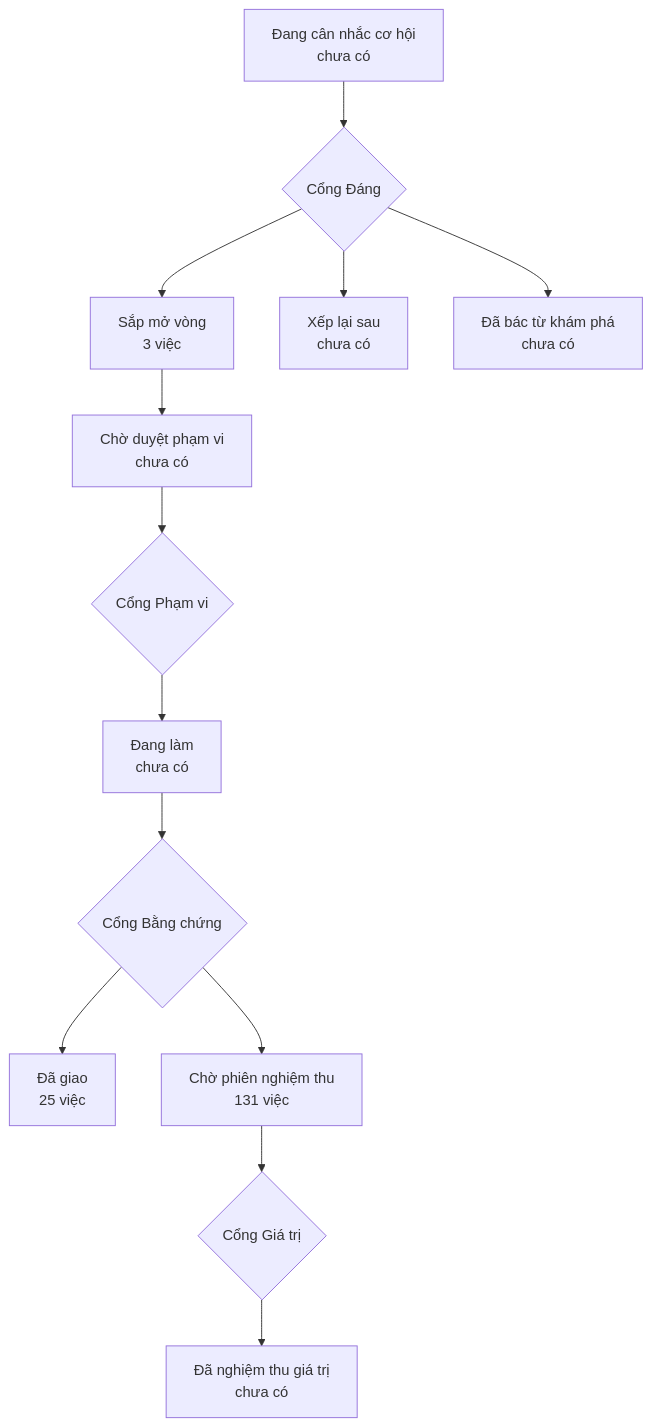
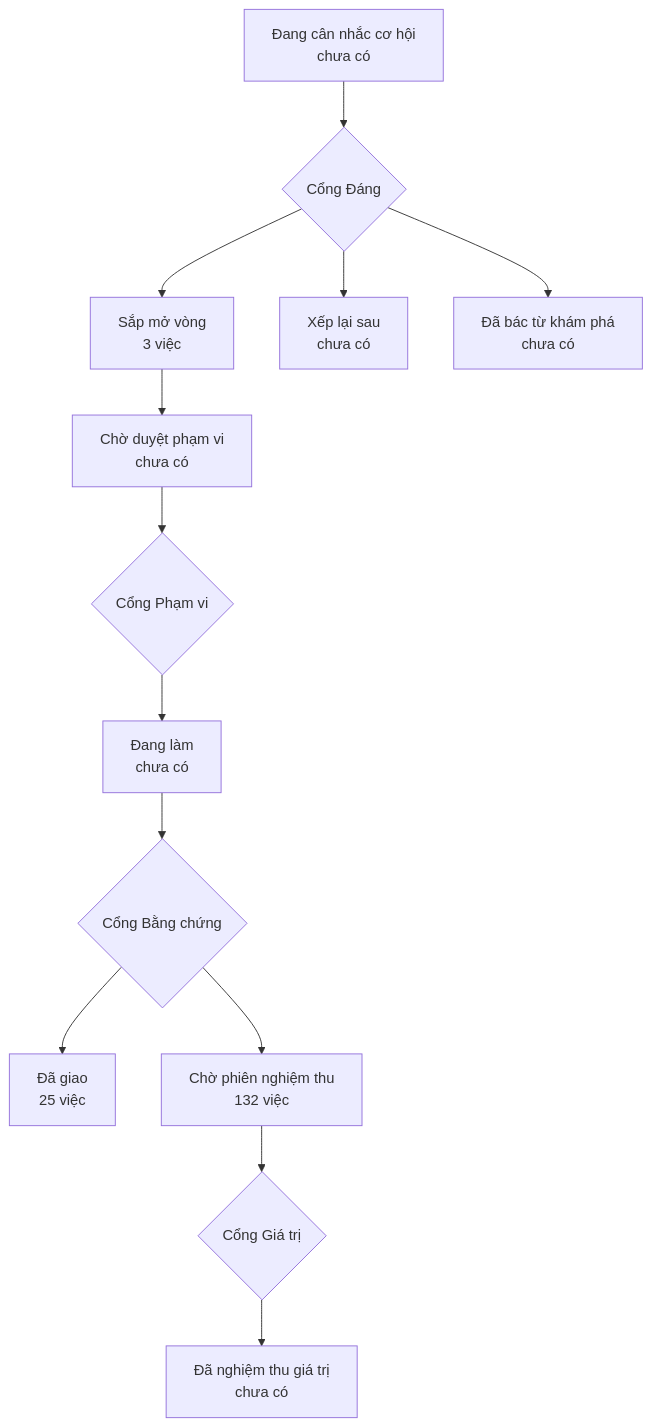
The diagram in PRODUCT-MAP.md (phanlemanh/onehub-quy-hang), drawn with Mermaid before and after one commit. The commit also changed other lines of this file and 1 other file, not shown here.

Commit message:
chore: vẽ lại bản đồ sau gộp main

````diff
--- a/PRODUCT-MAP.md
+++ b/PRODUCT-MAP.md
@@ -7,12 +7,12 @@
 ```mermaid
 flowchart TD
   A["Đang cân nhắc cơ hội<br/>chưa có"] --> GD{"Cổng Đáng"}
   GD --> B["Sắp mở vòng<br/>3 việc"]
   GD --> XL["Xếp lại sau<br/>chưa có"]
   GD --> DB["Đã bác từ khám phá<br/>chưa có"]
   B --> CD["Chờ duyệt phạm vi<br/>chưa có"] --> GP{"Cổng Phạm vi"}
   GP --> DL["Đang làm<br/>chưa có"] --> GB{"Cổng Bằng chứng"}
   GB --> DG["Đã giao<br/>25 việc"]
-  GB --> CN["Chờ phiên nghiệm thu<br/>131 việc"] --> GG{"Cổng Giá trị"}
+  GB --> CN["Chờ phiên nghiệm thu<br/>132 việc"] --> GG{"Cổng Giá trị"}
   GG --> NT["Đã nghiệm thu giá trị<br/>chưa có"]
 ```
````
